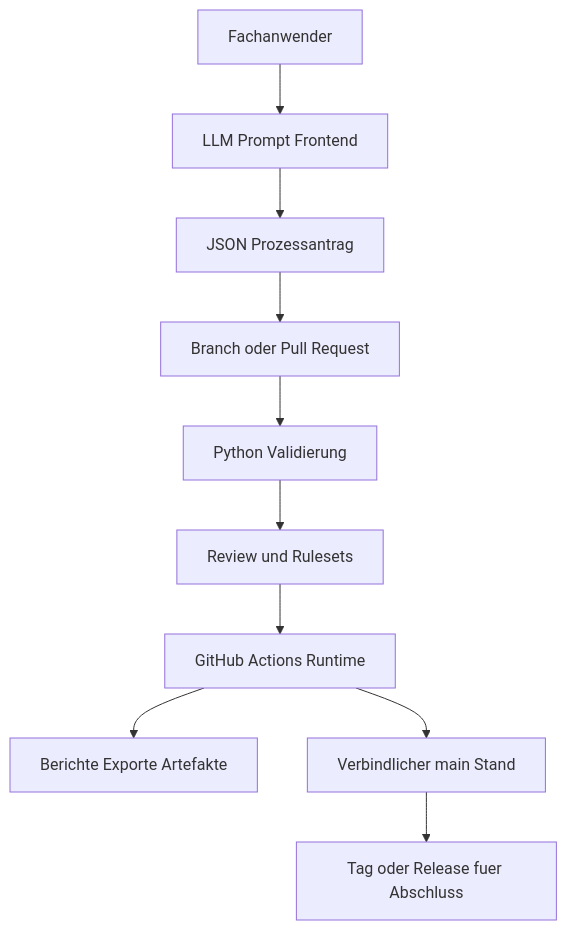
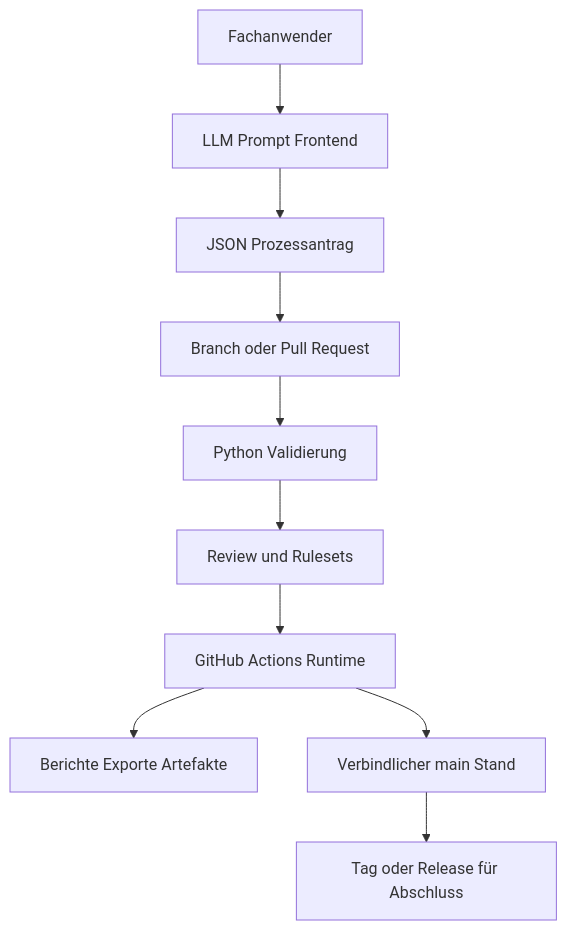
The second of 4 diagrams in docs/de/architecture.md (notariat8/NaC), drawn with Mermaid before and after one commit. The commit also changed other lines of this file and 231 other files, not shown here.

````diff
--- a/docs/de/architecture.md
+++ b/docs/de/architecture.md
@@ -35,12 +35,12 @@
 ```mermaid
 flowchart TD
     User["Fachanwender"] --> Prompt["LLM Prompt Frontend"]
     Prompt --> Draft["JSON Prozessantrag"]
     Draft --> GitChange["Branch oder Pull Request"]
     GitChange --> Validate["Python Validierung"]
     Validate --> Review["Review und Rulesets"]
     Review --> Runtime["GitHub Actions Runtime"]
     Runtime --> Outputs["Berichte Exporte Artefakte"]
     Runtime --> MainState["Verbindlicher main Stand"]
-    MainState --> Close["Tag oder Release fuer Abschluss"]
+    MainState --> Close["Tag oder Release für Abschluss"]
 ```
````
